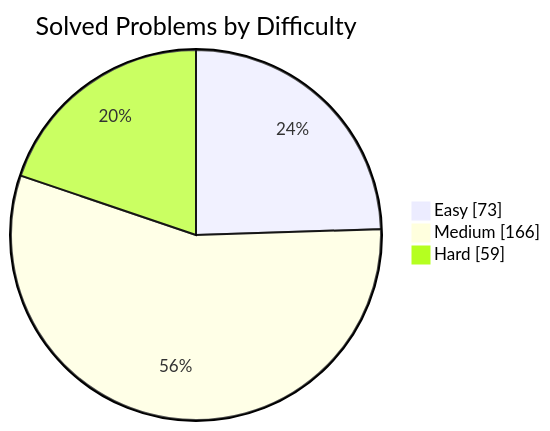
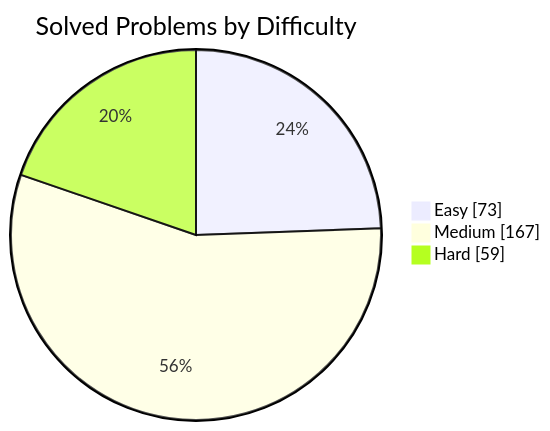
The first of 2 diagrams in README.md (manikantbindass/DSA-Preparation-FAANG), drawn with Mermaid before and after one commit. The commit also changed other lines of this file and 1 other file, not shown here.

````diff
--- a/README.md
+++ b/README.md
@@ -77,7 +77,7 @@
 ```mermaid
 pie showData
     title Solved Problems by Difficulty
     "Easy" : 73
-    "Medium" : 166
+    "Medium" : 167
     "Hard" : 59
 ```
````
